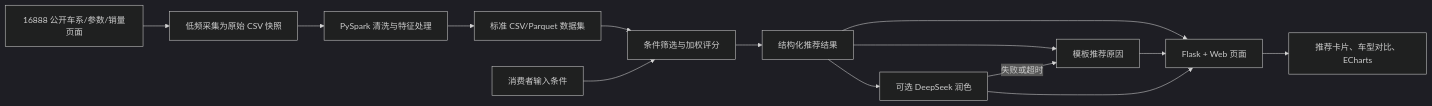
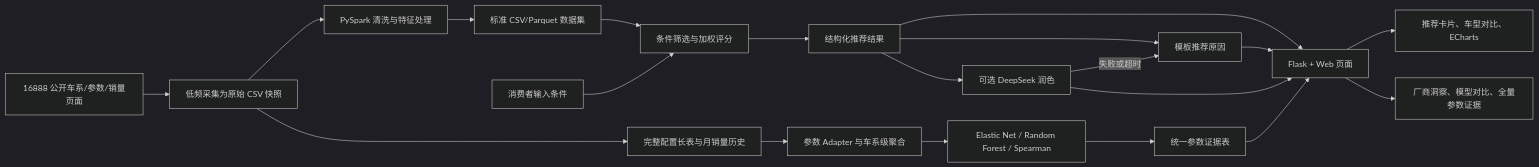
Before and after one commit to Pite330/spark-car-recommendation: the diagram in docs/architecture.md, drawn with Mermaid (dark theme). The commit also changed other lines of this file and 22 other files, not shown here.

````diff
--- a/docs/architecture.md
+++ b/docs/architecture.md
@@ -13,16 +13,22 @@
 ```mermaid
 flowchart LR
     A["16888 公开车系/参数/销量页面"] --> B["低频采集为原始 CSV 快照"]
     B --> C["PySpark 清洗与特征处理"]
     C --> D["标准 CSV/Parquet 数据集"]
+    B --> L["完整配置长表与月销量历史"]
+    L --> M["参数 Adapter 与车系级聚合"]
+    M --> N["Elastic Net / Random Forest / Spearman"]
+    N --> O["统一参数证据表"]
     D --> E["条件筛选与加权评分"]
     F["消费者输入条件"] --> E
     E --> G["结构化推荐结果"]
     G --> H["模板推荐原因"]
     G --> I["可选 DeepSeek 润色"]
     I -->|"失败或超时"| H
     G --> J["Flask + Web 页面"]
     H --> J
     I --> J
     J --> K["推荐卡片、车型对比、ECharts"]
+    O --> J
+    J --> P["厂商洞察、模型对比、全量参数证据"]
 ```
````
